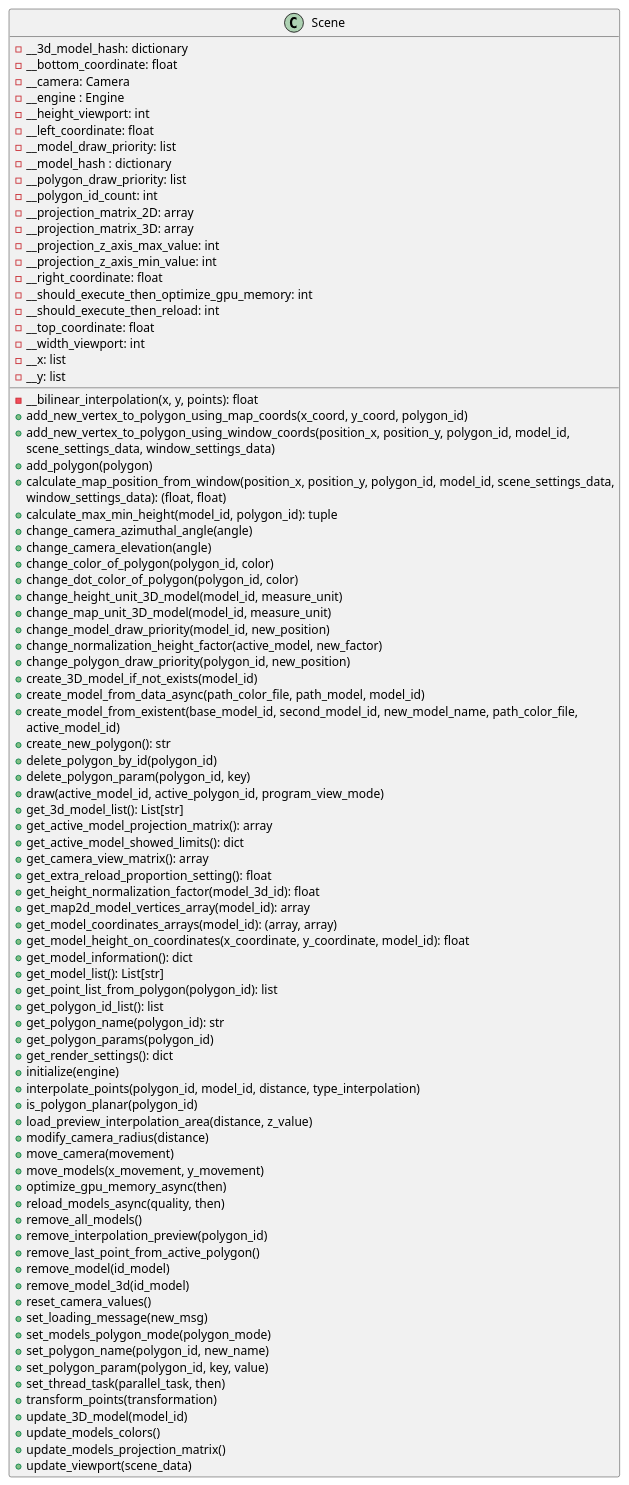
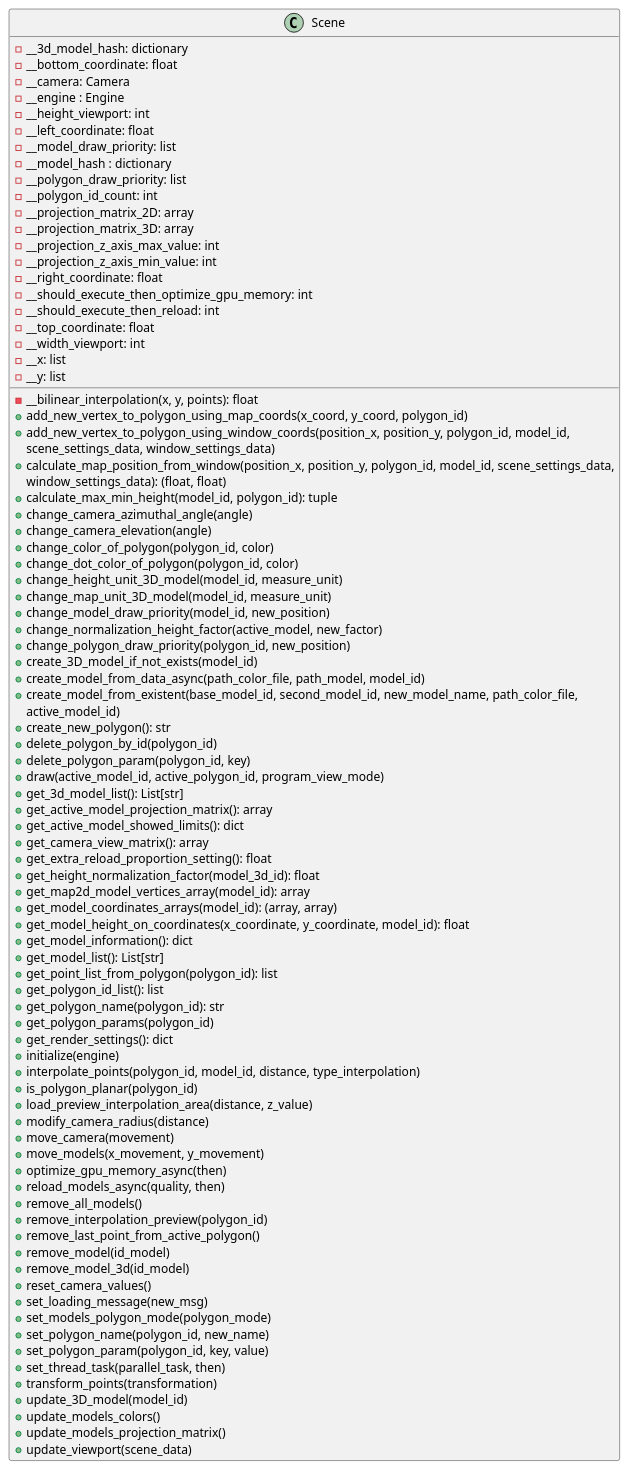
One commit to SergioAlvarezM/Proyecto_de_Memoria changed the diagram in docs/classes/Scene.puml. Above: the diagram before and after it, drawn with PlantUML. The commit also changed 1 other file, not shown here.

Commit message:
Removed method add_polygon from scene class.

```diff
--- a/docs/classes/Scene.puml
+++ b/docs/classes/Scene.puml
@@ -1,92 +1,91 @@
 @startuml
             class Scene{
                 - __bilinear_interpolation(x, y, points): float
                 + add_new_vertex_to_polygon_using_map_coords(x_coord, y_coord, polygon_id)
                 + add_new_vertex_to_polygon_using_window_coords(position_x, position_y, polygon_id, model_id,
                                                                 scene_settings_data, window_settings_data)
-                + add_polygon(polygon)
                 + calculate_map_position_from_window(position_x, position_y, polygon_id, model_id, scene_settings_data,
                                                        window_settings_data): (float, float)
                 + calculate_max_min_height(model_id, polygon_id): tuple
                 + change_camera_azimuthal_angle(angle)
                 + change_camera_elevation(angle)
                 + change_color_of_polygon(polygon_id, color)
                 + change_dot_color_of_polygon(polygon_id, color)
                 + change_height_unit_3D_model(model_id, measure_unit)
                 + change_map_unit_3D_model(model_id, measure_unit)
                 + change_model_draw_priority(model_id, new_position)
                 + change_normalization_height_factor(active_model, new_factor)
                 + change_polygon_draw_priority(polygon_id, new_position)
                 + create_3D_model_if_not_exists(model_id)
                 + create_model_from_data_async(path_color_file, path_model, model_id)
                 + create_model_from_existent(base_model_id, second_model_id, new_model_name, path_color_file,
                                               active_model_id)
                 + create_new_polygon(): str
                 + delete_polygon_by_id(polygon_id)
                 + delete_polygon_param(polygon_id, key)
                 + draw(active_model_id, active_polygon_id, program_view_mode)
                 + get_3d_model_list(): List[str]
                 + get_active_model_projection_matrix(): array
                 + get_active_model_showed_limits(): dict
                 + get_camera_view_matrix(): array
                 + get_extra_reload_proportion_setting(): float
                 + get_height_normalization_factor(model_3d_id): float
                 + get_map2d_model_vertices_array(model_id): array
                 + get_model_coordinates_arrays(model_id): (array, array)
                 + get_model_height_on_coordinates(x_coordinate, y_coordinate, model_id): float
                 + get_model_information(): dict
                 + get_model_list(): List[str]
                 + get_point_list_from_polygon(polygon_id): list
                 + get_polygon_id_list(): list
                 + get_polygon_name(polygon_id): str
                 + get_polygon_params(polygon_id)
                 + get_render_settings(): dict
                 + initialize(engine)
                 + interpolate_points(polygon_id, model_id, distance, type_interpolation)
                 + is_polygon_planar(polygon_id)
                 + load_preview_interpolation_area(distance, z_value)
                 + modify_camera_radius(distance)
                 + move_camera(movement)
                 + move_models(x_movement, y_movement)
                 + optimize_gpu_memory_async(then)
                 + reload_models_async(quality, then)
                 + remove_all_models()
                 + remove_interpolation_preview(polygon_id)
                 + remove_last_point_from_active_polygon()
                 + remove_model(id_model)
                 + remove_model_3d(id_model)
                 + reset_camera_values()
                 + set_loading_message(new_msg)
                 + set_models_polygon_mode(polygon_mode)
                 + set_polygon_name(polygon_id, new_name)
                 + set_polygon_param(polygon_id, key, value)
                 + set_thread_task(parallel_task, then)
                 + transform_points(transformation)
                 + update_3D_model(model_id)
                 + update_models_colors()
                 + update_models_projection_matrix()
                 + update_viewport(scene_data)
 
                 - __3d_model_hash: dictionary
                 - __bottom_coordinate: float
                 - __camera: Camera
                 - __engine : Engine
                 - __height_viewport: int
                 - __left_coordinate: float
                 - __model_draw_priority: list
                 - __model_hash : dictionary
                 - __polygon_draw_priority: list
                 - __polygon_id_count: int
                 - __projection_matrix_2D: array
                 - __projection_matrix_3D: array
                 - __projection_z_axis_max_value: int
                 - __projection_z_axis_min_value: int
                 - __right_coordinate: float
                 - __should_execute_then_optimize_gpu_memory: int
                 - __should_execute_then_reload: int
                 - __top_coordinate: float
                 - __width_viewport: int
                 - __x: list
                 - __y: list
             }
 @enduml
```
